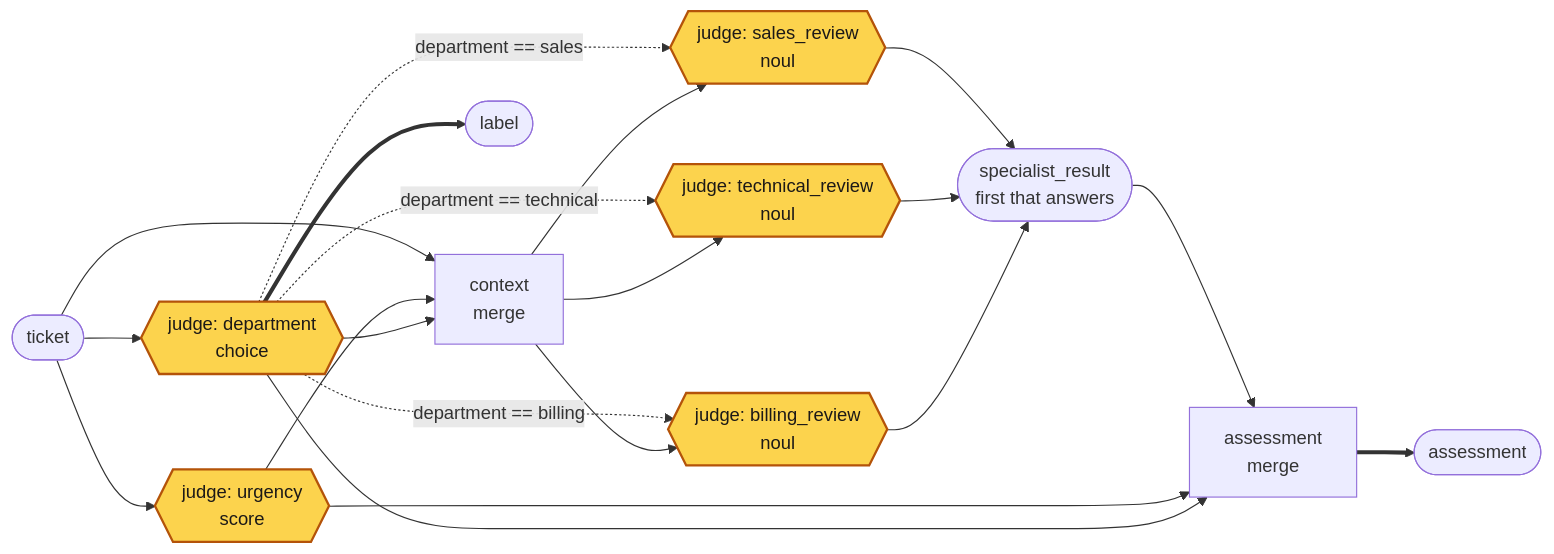
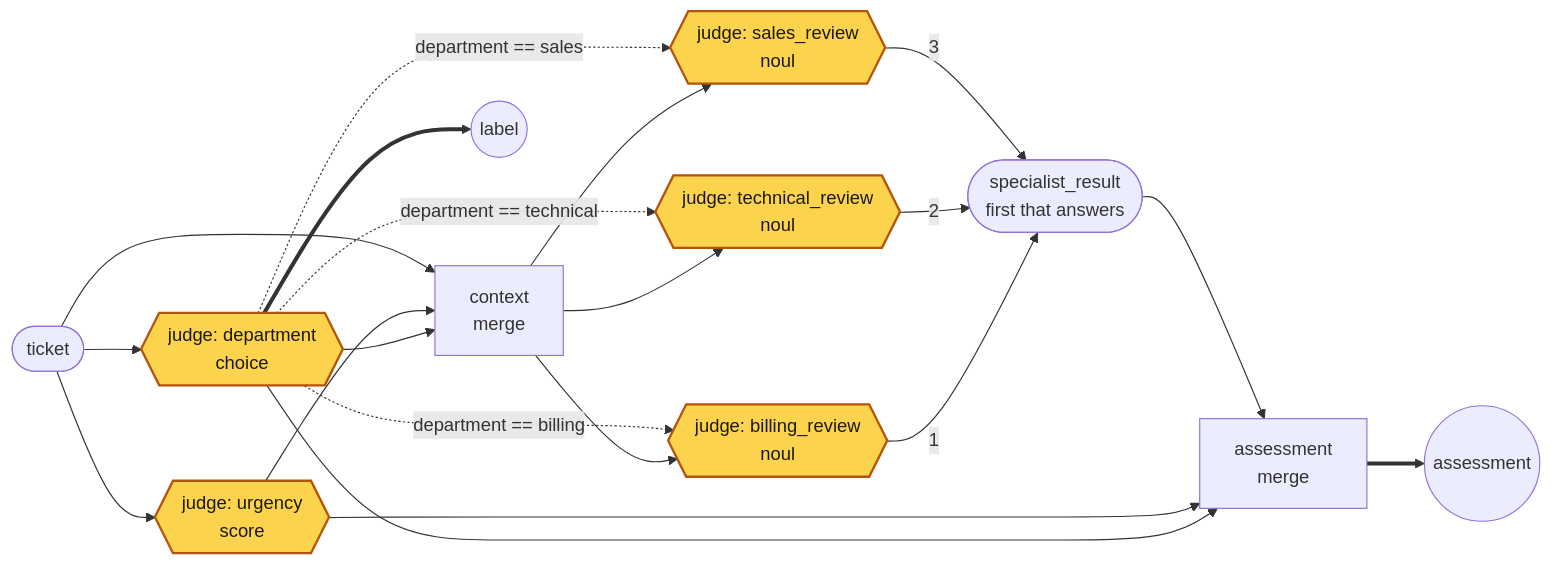
The fourth of 8 diagrams in README.md (MCERQUA/rulesmith), drawn with Mermaid before and after one commit. The commit also changed other lines of this file and 1 other file, not shown here.

First line of the commit message:
Draw every graph in the README by one convention

````diff
--- a/README.md
+++ b/README.md
@@ -459,24 +459,24 @@
 ```mermaid
 flowchart LR
   IN(["ticket"]) --> D{{"judge: department<br/>choice"}}
   IN --> U{{"judge: urgency<br/>score"}}
   D --> C["context<br/>merge"]
   U --> C
   IN --> C
   C --> B{{"judge: billing_review<br/>noul"}}
   C --> T{{"judge: technical_review<br/>noul"}}
   C --> S{{"judge: sales_review<br/>noul"}}
   D -.->|"department == billing"| B
   D -.->|"department == technical"| T
   D -.->|"department == sales"| S
-  B --> CO(["specialist_result<br/>first that answers"])
-  T --> CO
-  S --> CO
+  B -->|"1"| CO(["specialist_result<br/>first that answers"])
+  T -->|"2"| CO
+  S -->|"3"| CO
   D --> A["assessment<br/>merge"]
   U --> A
   CO --> A
-  D ==> LBL(["label"])
-  A ==> AS(["assessment"])
+  D ==> LBL(("label"))
+  A ==> AS(("assessment"))
   classDef judge fill:#fcd34d,stroke:#b45309,stroke-width:2px,color:#1c1917
   class D,U,B,T,S judge
 ```
````
